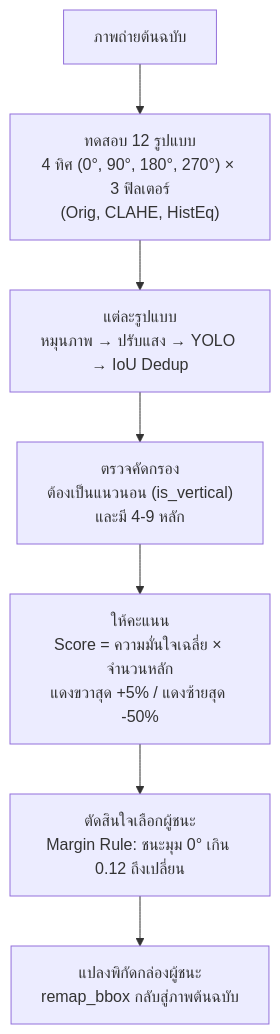
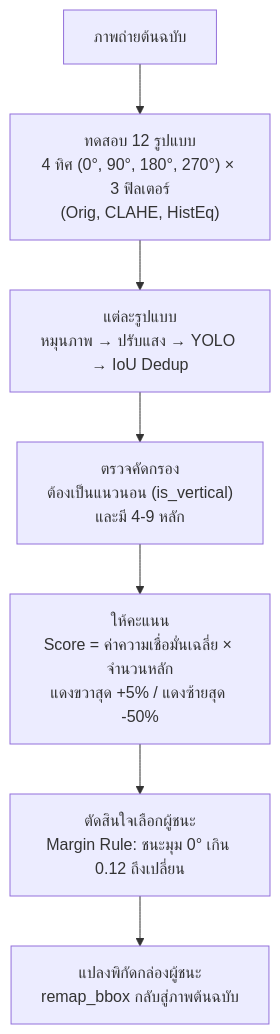
The fourth of 5 diagrams in TUTORIAL.md (jirathxz/meter-reader), drawn with Mermaid before and after one commit. The commit also changed other lines of this file and 13 other files, not shown here.

````diff
--- a/TUTORIAL.md
+++ b/TUTORIAL.md
@@ -675,9 +732,9 @@
 ```mermaid
 flowchart TD
  A[" ภาพถ่ายต้นฉบับ"] --> B["ทดสอบ 12 รูปแบบ<br/>4 ทิศ (0°, 90°, 180°, 270°) × 3 ฟิลเตอร์<br/>(Orig, CLAHE, HistEq)"]
  B --> C["แต่ละรูปแบบ<br/>หมุนภาพ → ปรับแสง → YOLO → IoU Dedup"]
  C --> D["ตรวจคัดกรอง<br/>ต้องเป็นแนวนอน (is_vertical)<br/>และมี 4-9 หลัก"]
- D --> E["ให้คะแนน<br/>Score = ความมั่นใจเฉลี่ย × จำนวนหลัก<br/>แดงขวาสุด +5% / แดงซ้ายสุด -50%"]
+ D --> E["ให้คะแนน<br/>Score = ค่าความเชื่อมั่นเฉลี่ย × จำนวนหลัก<br/>แดงขวาสุด +5% / แดงซ้ายสุด -50%"]
  E --> F["ตัดสินใจเลือกผู้ชนะ<br/>Margin Rule: ชนะมุม 0° เกิน 0.12 ถึงเปลี่ยน"]
  F --> G["แปลงพิกัดกล่องผู้ชนะ<br/>remap_bbox กลับสู่ภาพต้นฉบับ"]
 ```
````
